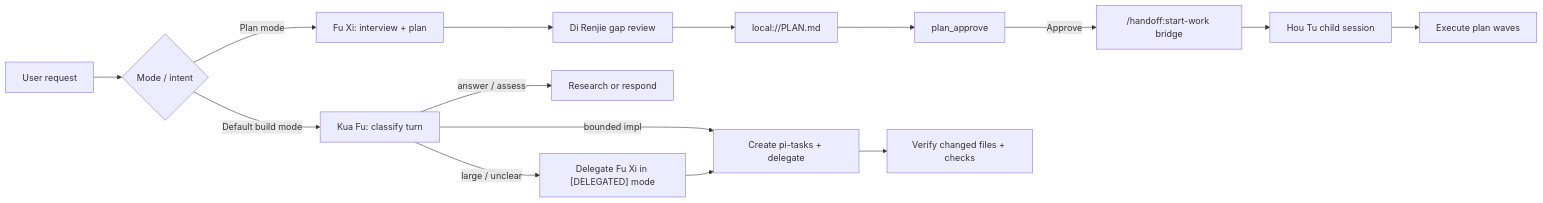
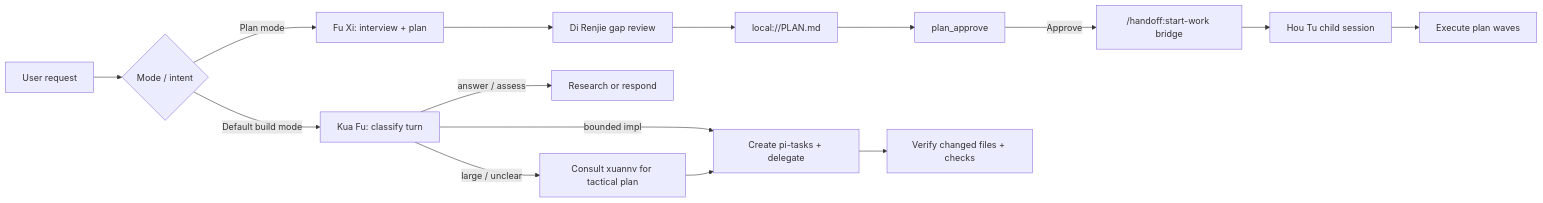
Before and after one commit to zhongjis/pi-config: the first of 4 diagrams in docs/specs/orchestration-flow.md, drawn with Mermaid. The commit also changed other lines of this file and 2 other files, not shown here.

First line of the commit message:
docs: reconcile stale mode references in orchestration docs

````diff
--- a/docs/specs/orchestration-flow.md
+++ b/docs/specs/orchestration-flow.md
@@ -7,19 +7,19 @@
 ```mermaid
 flowchart LR
     U[User request] --> M{Mode / intent}
 
     M -->|Plan mode| F[Fu Xi: interview + plan]
     F --> D[Di Renjie gap review]
     D --> P[local://PLAN.md]
     P --> A[plan_approve]
     A -->|Approve| B["/handoff:start-work bridge"]
     B --> H[Hou Tu child session]
     H --> E[Execute plan waves]
 
     M -->|Default build mode| K[Kua Fu: classify turn]
     K -->|answer / assess| R[Research or respond]
     K -->|bounded impl| T[Create pi-tasks + delegate]
-    K -->|large / unclear| FP["Delegate Fu Xi in [DELEGATED] mode"]
+    K -->|large / unclear| FP["Consult xuannv for tactical plan"]
     FP --> T
     T --> V[Verify changed files + checks]
 ```
````
